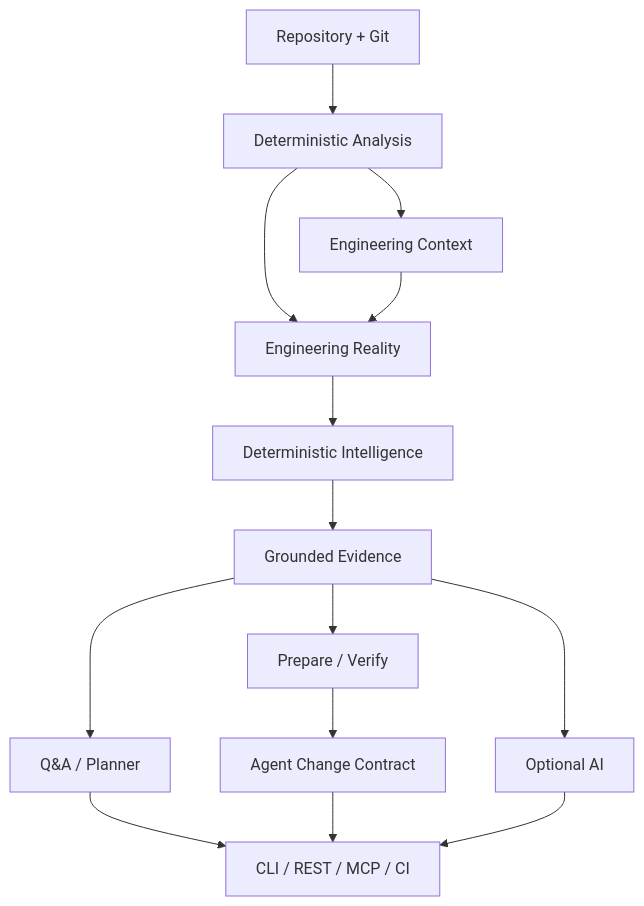
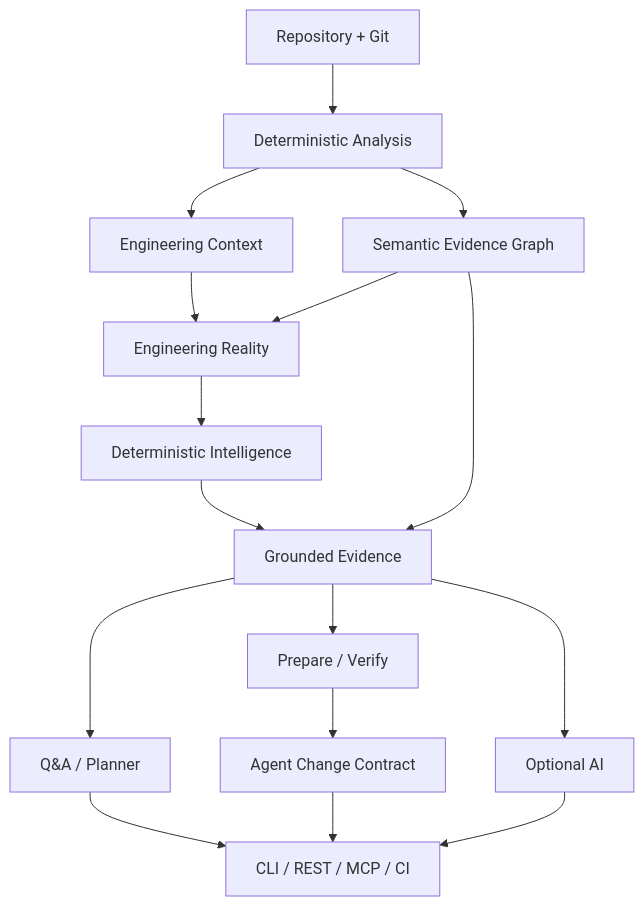
Before and after one commit to sonii-shivansh/CodeContext: the diagram in README.md, drawn with Mermaid. The commit also changed other lines of this file, not shown here.

Commit message:
Phase 7: document evidence graph artifact and CLI surface

````diff
--- a/README.md
+++ b/README.md
@@ -169,16 +42,18 @@
 ```mermaid
 flowchart TD
     R[Repository + Git] --> A[Deterministic Analysis]
     A --> C[Engineering Context]
-    A --> E[Engineering Reality]
-    C --> E
+    A --> G[Semantic Evidence Graph]
+    C --> E[Engineering Reality]
+    G --> E
     E --> I[Deterministic Intelligence]
-    I --> G[Grounded Evidence]
-    G --> Q[Q&A / Planner]
-    G --> V[Prepare / Verify]
+    G --> Q[Grounded Evidence]
+    I --> Q
+    Q --> P[Q&A / Planner]
+    Q --> V[Prepare / Verify]
     V --> K[Agent Change Contract]
-    Q --> X[CLI / REST / MCP / CI]
+    P --> X[CLI / REST / MCP / CI]
     K --> X
-    G --> AI[Optional AI]
+    Q --> AI[Optional AI]
     AI --> X
 ```
````
